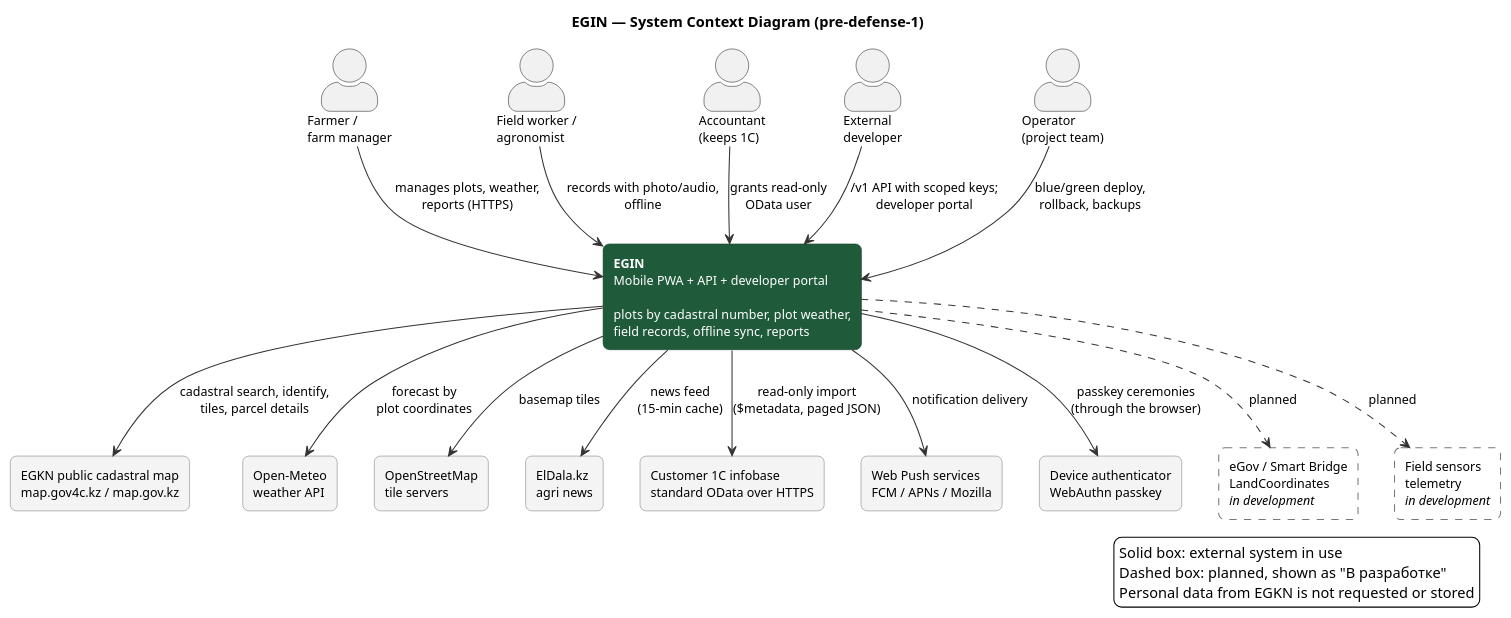
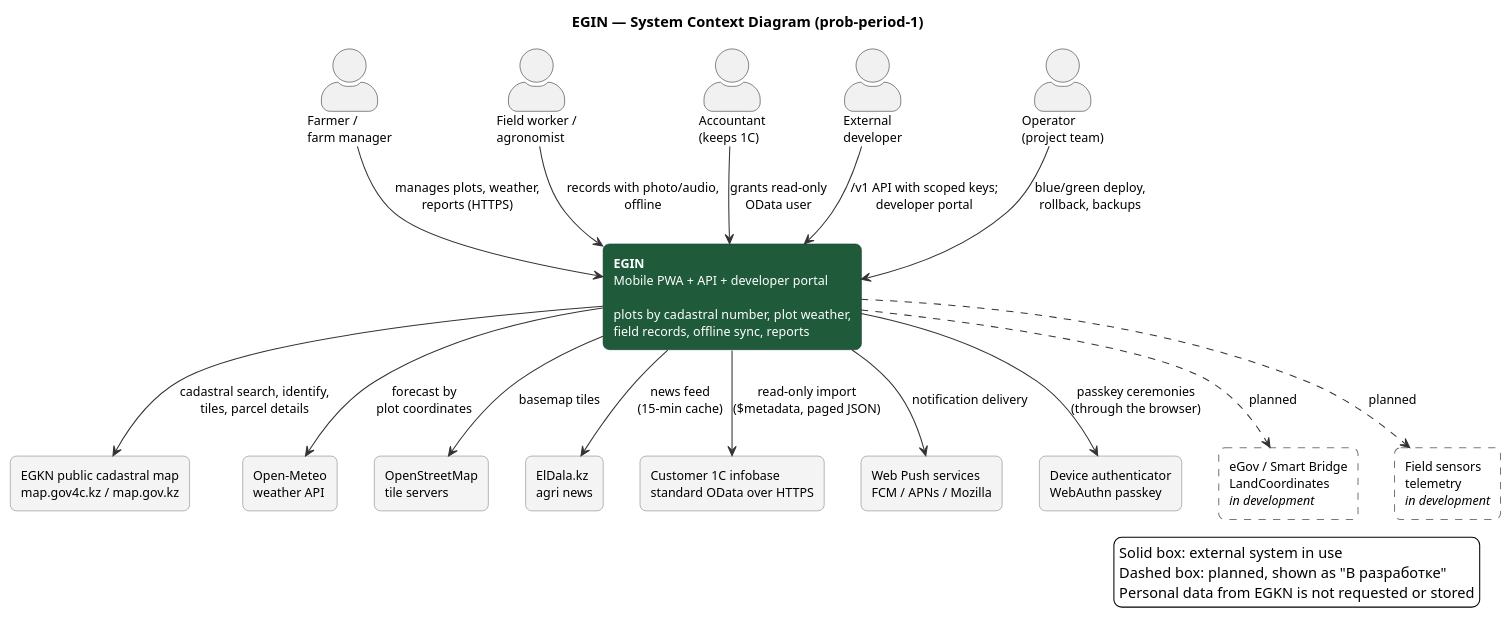
Before and after one commit to Adilzhan17/egin: the diagram in docs/DIP/diagrams/01-system-context.puml, drawn with PlantUML. The commit also changed 35 other files, not shown here.

```diff
--- a/docs/DIP/diagrams/01-system-context.puml
+++ b/docs/DIP/diagrams/01-system-context.puml
@@ -1,53 +1,53 @@
 @startuml EGIN_System_Context
-title EGIN — System Context Diagram (pre-defense-1)
+title EGIN — System Context Diagram (prob-period-1)
 skinparam shadowing false
 skinparam defaultFontName Arial
 skinparam defaultFontSize 12
 skinparam ArrowColor #333333
 skinparam actorStyle awesome
 skinparam rectangle {
   RoundCorner 12
   BorderColor #777777
 }
 skinparam legendBackgroundColor #FFFFFF
 
 actor "Farmer /\nfarm manager" as farmer
 actor "Field worker /\nagronomist" as worker
 actor "Accountant\n(keeps 1C)" as accountant
 actor "External\ndeveloper" as developer
 actor "Operator\n(project team)" as operator
 
 rectangle "<b>EGIN</b>\nMobile PWA + API + developer portal\n\nplots by cadastral number, plot weather,\nfield records, offline sync, reports" as egin #1F5A3A;text:white;line:123D27
 
 rectangle "EGKN public cadastral map\nmap.gov4c.kz / map.gov.kz" as egkn #F4F4F4
 rectangle "Open-Meteo\nweather API" as meteo #F4F4F4
 rectangle "OpenStreetMap\ntile servers" as osm #F4F4F4
 rectangle "ElDala.kz\nagri news" as eldala #F4F4F4
 rectangle "Customer 1C infobase\nstandard OData over HTTPS" as onec #F4F4F4
 rectangle "Web Push services\nFCM / APNs / Mozilla" as push #F4F4F4
 rectangle "Device authenticator\nWebAuthn passkey" as authn #F4F4F4
 rectangle "eGov / Smart Bridge\nLandCoordinates\n<i>in development</i>" as egov #FFFFFF;line.dashed
 rectangle "Field sensors\ntelemetry\n<i>in development</i>" as sensors #FFFFFF;line.dashed
 
 farmer --> egin : manages plots, weather,\nreports (HTTPS)
 worker --> egin : records with photo/audio,\noffline
 accountant --> egin : grants read-only\nOData user
 developer --> egin : /v1 API with scoped keys;\ndeveloper portal
 operator --> egin : blue/green deploy,\nrollback, backups
 
 egin --> egkn : cadastral search, identify,\ntiles, parcel details
 egin --> meteo : forecast by\nplot coordinates
 egin --> osm : basemap tiles
 egin --> eldala : news feed\n(15-min cache)
 egin --> onec : read-only import\n($metadata, paged JSON)
 egin --> push : notification delivery
 egin --> authn : passkey ceremonies\n(through the browser)
 egin ..> egov : planned
 egin ..> sensors : planned
 
 legend right
   Solid box: external system in use
   Dashed box: planned, shown as "В разработке"
   Personal data from EGKN is not requested or stored
 endlegend
 @enduml
```
